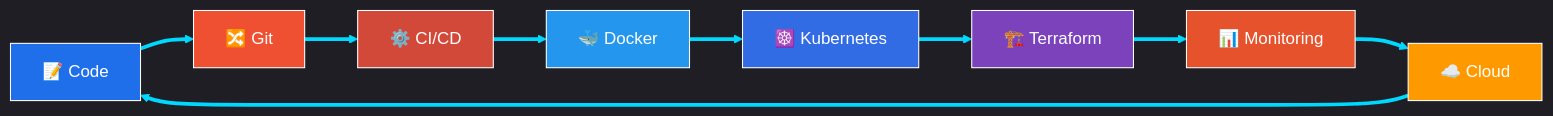
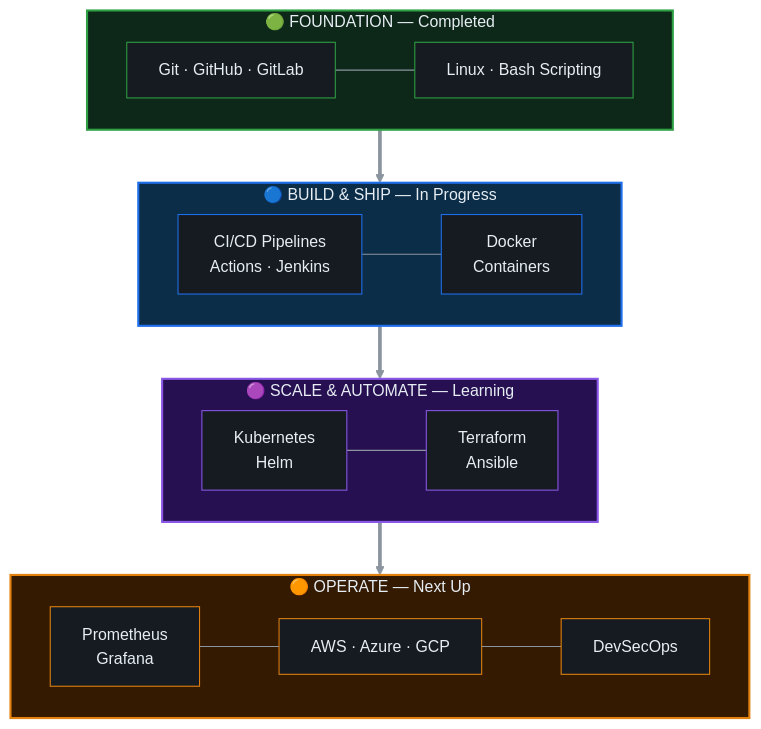
One commit to Sahil31312/Sahil31312 changed the diagram in README.md. Above: the diagram before and after it, drawn with Mermaid. The commit also changed other lines of this file, not shown here.

````diff
--- a/README.md
+++ b/README.md
@@ -200,20 +194,35 @@
 ```mermaid
-%%{init: {'theme':'dark', 'themeVariables': {'primaryColor':'#7B42BC','primaryTextColor':'#fff','lineColor':'#00D9FF'}}}%%
-graph LR
-    A[📝 Code] ==> B[🔀 Git]
-    B ==> C[⚙️ CI/CD]
-    C ==> D[🐳 Docker]
-    D ==> E[☸️ Kubernetes]
-    E ==> F[🏗️ Terraform]
-    F ==> G[📊 Monitoring]
-    G ==> H[☁️ Cloud]
-    H ==> A
-    style A fill:#1f6feb,stroke:#fff,color:#fff
-    style B fill:#f05032,stroke:#fff,color:#fff
-    style C fill:#d24939,stroke:#fff,color:#fff
-    style D fill:#2496ed,stroke:#fff,color:#fff
-    style E fill:#326ce5,stroke:#fff,color:#fff
-    style F fill:#7b42bc,stroke:#fff,color:#fff
-    style G fill:#e6522c,stroke:#fff,color:#fff
-    style H fill:#ff9900,stroke:#fff,color:#fff
+%%{init: {'theme':'base','themeVariables':{'primaryColor':'#0d1117','primaryTextColor':'#e6edf3','primaryBorderColor':'#00d9ff','lineColor':'#8b949e','fontSize':'15px','fontFamily':'Segoe UI, sans-serif'},'flowchart':{'curve':'basis','nodeSpacing':40,'rankSpacing':50}}}%%
+flowchart TB
+    subgraph F1["🟢 FOUNDATION — Completed"]
+        direction LR
+        A["Git · GitHub · GitLab"] --- B["Linux · Bash Scripting"]
+    end
+    subgraph F2["🔵 BUILD & SHIP — In Progress"]
+        direction LR
+        C["CI/CD Pipelines<br/>Actions · Jenkins"] --- D["Docker<br/>Containers"]
+    end
+    subgraph F3["🟣 SCALE & AUTOMATE — Learning"]
+        direction LR
+        E["Kubernetes<br/>Helm"] --- G["Terraform<br/>Ansible"]
+    end
+    subgraph F4["🟠 OPERATE — Next Up"]
+        direction LR
+        H["Prometheus<br/>Grafana"] --- I["AWS · Azure · GCP"] --- J["DevSecOps"]
+    end
+    F1 ==> F2 ==> F3 ==> F4
+
+    style F1 fill:#0d2818,stroke:#2ea043,stroke-width:2px,color:#e6edf3
+    style F2 fill:#0c2d48,stroke:#1f6feb,stroke-width:2px,color:#e6edf3
+    style F3 fill:#271052,stroke:#8957e5,stroke-width:2px,color:#e6edf3
+    style F4 fill:#341a00,stroke:#e3820e,stroke-width:2px,color:#e6edf3
+    style A fill:#161b22,stroke:#2ea043,color:#e6edf3
+    style B fill:#161b22,stroke:#2ea043,color:#e6edf3
+    style C fill:#161b22,stroke:#1f6feb,color:#e6edf3
+    style D fill:#161b22,stroke:#1f6feb,color:#e6edf3
+    style E fill:#161b22,stroke:#8957e5,color:#e6edf3
+    style G fill:#161b22,stroke:#8957e5,color:#e6edf3
+    style H fill:#161b22,stroke:#e3820e,color:#e6edf3
+    style I fill:#161b22,stroke:#e3820e,color:#e6edf3
+    style J fill:#161b22,stroke:#e3820e,color:#e6edf3
 ```
````
